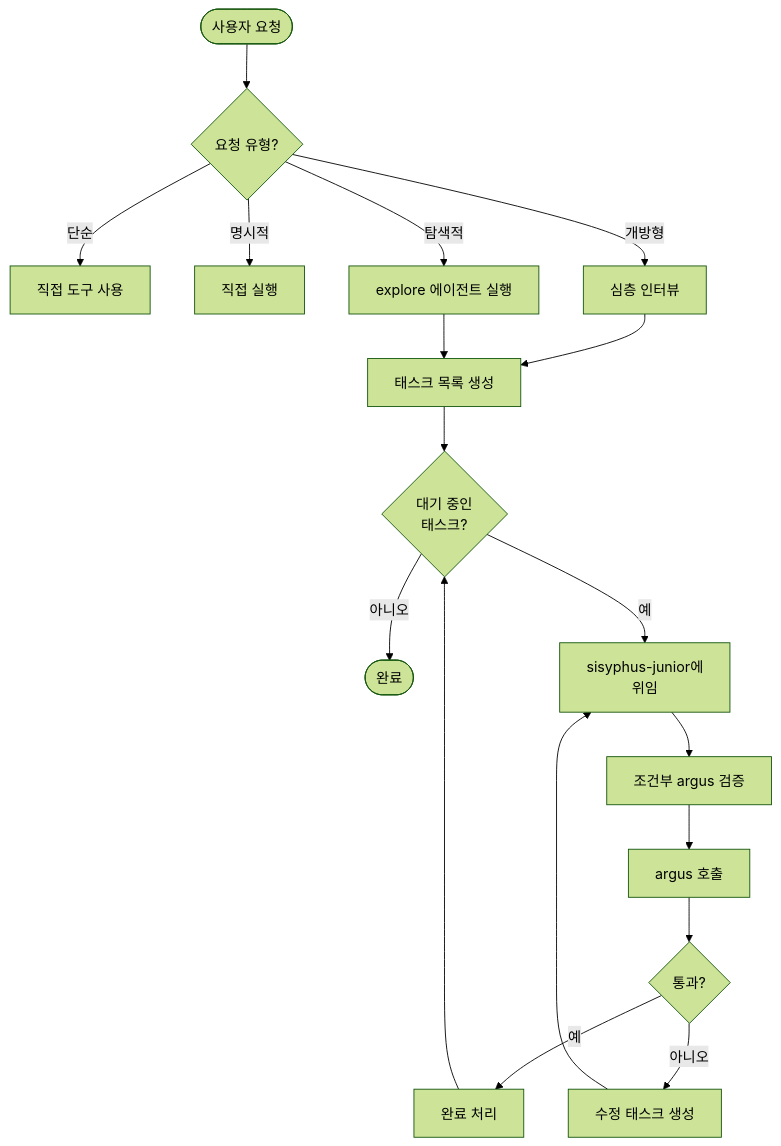
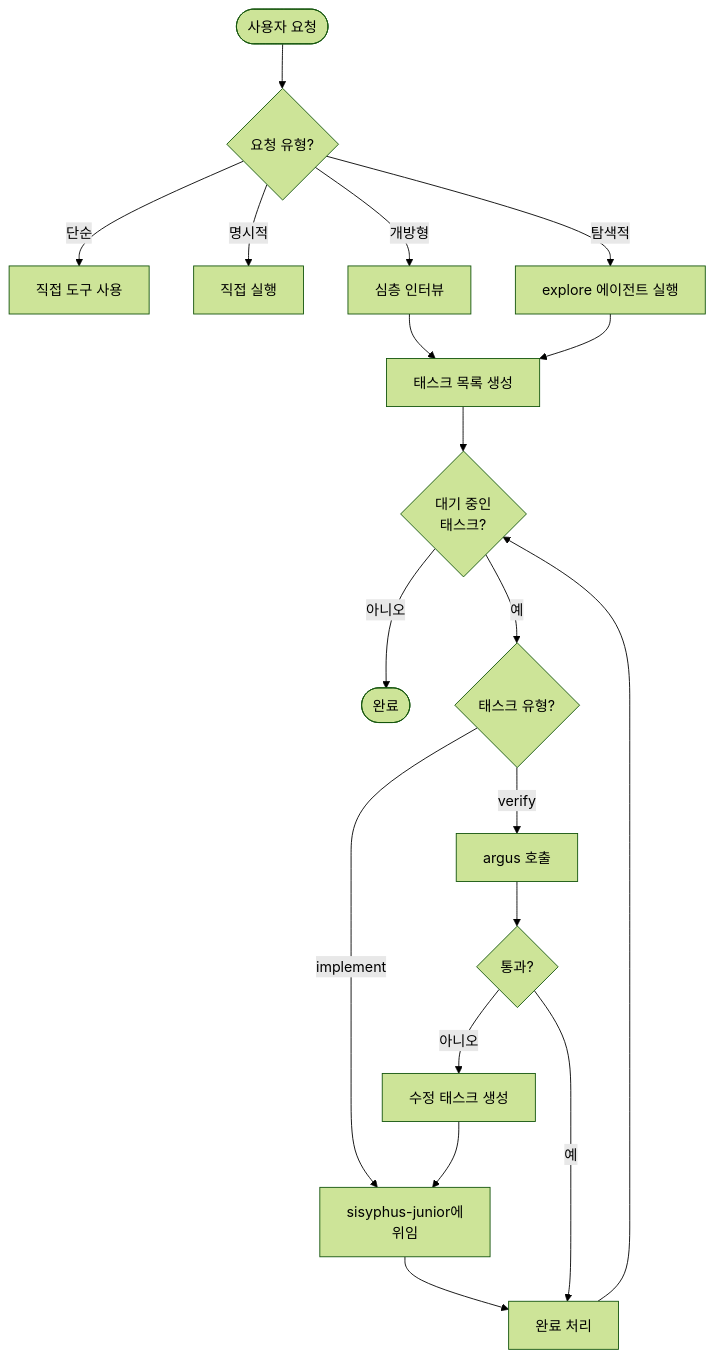
One commit to toongri/oh-my-toong-playground changed the fourth of 4 diagrams in docs/skills/core-pipeline.md. Above: the diagram before and after it, drawn with Mermaid (forest theme). The commit also changed other lines of this file and 8 other files, not shown here.

First line of the commit message:
refactor(sisyphus): verify-gated 하이브리드 구현 경로 제거

````diff
--- a/docs/skills/core-pipeline.md
+++ b/docs/skills/core-pipeline.md
@@ -130,22 +130,23 @@
 ```mermaid
 flowchart TB
     Start([사용자 요청]) --> Classify{요청 유형?}
     Classify -->|단순| Direct[직접 도구 사용]
     Classify -->|명시적| Execute[직접 실행]
     Classify -->|탐색적| Explore[explore 에이전트 실행]
     Classify -->|개방형| Interview[심층 인터뷰]
 
     Interview --> Tasks[태스크 목록 생성]
     Explore --> Tasks
 
     Tasks --> Loop{대기 중인<br/>태스크?}
     Loop -->|아니오| Done([완료])
-    Loop -->|예| Delegate[sisyphus-junior에<br/>위임]
-    Delegate --> Ignore["조건부 argus 검증"]
-    Ignore --> Review[argus 호출]
+    Loop -->|예| Route{태스크 유형?}
+    Route -->|implement| Delegate[sisyphus-junior에<br/>위임]
+    Delegate --> Complete[완료 처리]
+    Route -->|verify| Review[argus 호출]
     Review --> Pass{통과?}
-    Pass -->|예| Complete[완료 처리]
+    Pass -->|예| Complete
     Pass -->|아니오| Fix[수정 태스크 생성]
     Fix --> Delegate
     Complete --> Loop
 ```
````
